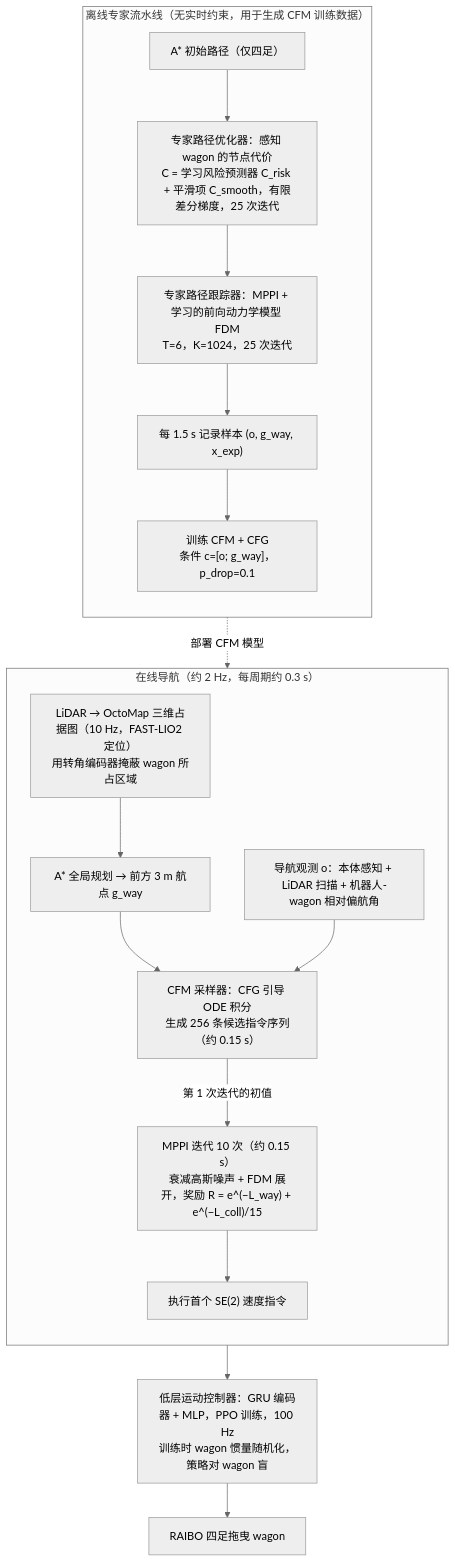
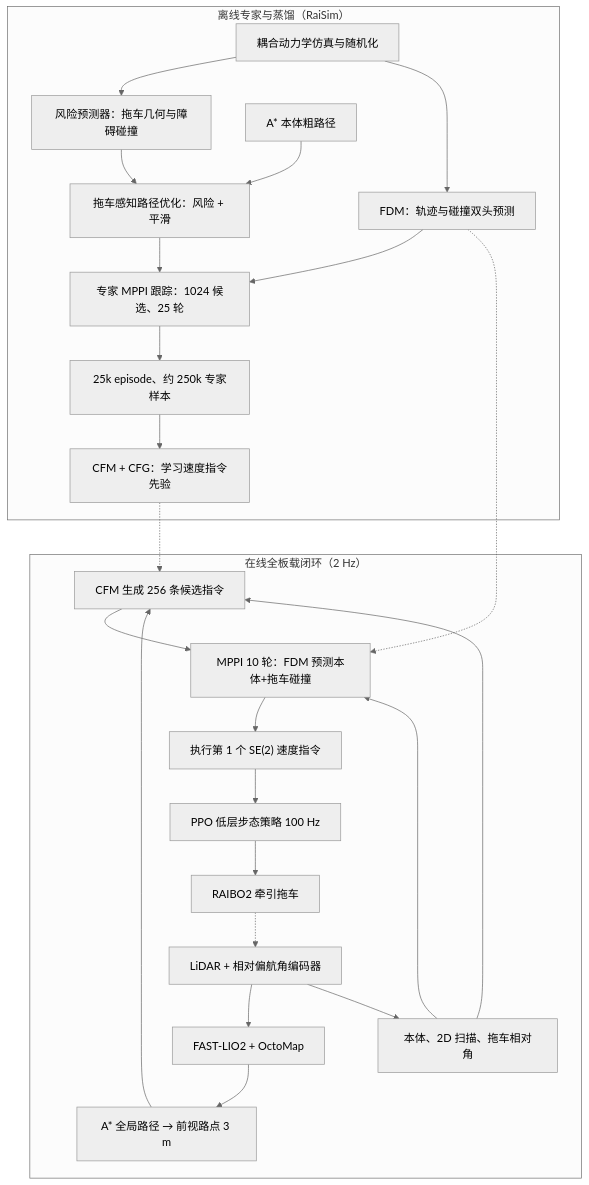
The diagram in wiki/entities/paper-raibo-wagon-legged-towing-navigation.md (ImChong/Robotics_Notebooks), drawn with Mermaid (neutral theme) before and after one commit. The commit also changed other lines of this file, not shown here.

Commit message:
[2026-11-23] ingest | wiki/entities/paper-raibo-wagon-legged-towing-navigation.md — 深化拖车轮耦合避障规划与实验核对

````diff
--- a/wiki/entities/paper-raibo-wagon-legged-towing-navigation.md
+++ b/wiki/entities/paper-raibo-wagon-legged-towing-navigation.md
@@ -42,21 +71,39 @@
 ```mermaid
 flowchart TD
-    subgraph OFF["离线专家流水线（无实时约束，用于生成 CFM 训练数据）"]
-        direction TB
-        A1["A* 初始路径（仅四足）"] --> OPT["专家路径优化器：感知 wagon 的节点代价<br/>C = 学习风险预测器 C_risk + 平滑项 C_smooth，有限差分梯度，25 次迭代"]
-        OPT --> TRK["专家路径跟踪器：MPPI + 学习的前向动力学模型 FDM<br/>T=6，K=1024，25 次迭代"]
-        TRK --> DATA["每 1.5 s 记录样本 (o, g_way, x_exp)"]
-        DATA --> CFMT["训练 CFM + CFG<br/>条件 c=[o; g_way]，p_drop=0.1"]
-    end
-    subgraph ON["在线导航（约 2 Hz，每周期约 0.3 s）"]
-        direction TB
-        LID["LiDAR → OctoMap 三维占据图（10 Hz，FAST-LIO2 定位）<br/>用转角编码器掩蔽 wagon 所占区域"] --> GP["A* 全局规划 → 前方 3 m 航点 g_way"]
-        GP --> CFM["CFM 采样器：CFG 引导 ODE 积分<br/>生成 256 条候选指令序列（约 0.15 s）"]
-        OBSV["导航观测 o：本体感知 + LiDAR 扫描 + 机器人-wagon 相对偏航角"] --> CFM
-        CFM -->|"第 1 次迭代的初值"| MPPI["MPPI 迭代 10 次（约 0.15 s）<br/>衰减高斯噪声 + FDM 展开，奖励 R = e^(−L_way) + e^(−L_coll)/15"]
-        MPPI --> CMD["执行首个 SE(2) 速度指令"]
-    end
-    CFMT -.->|"部署 CFM 模型"| CFM
-    CMD --> LOCO["低层运动控制器：GRU 编码器 + MLP，PPO 训练，100 Hz<br/>训练时 wagon 惯量随机化，策略对 wagon 盲"]
-    LOCO --> ROBOT["RAIBO 四足拖曳 wagon"]
+  subgraph OFF["离线专家与蒸馏（RaiSim）"]
+    SIM["耦合动力学仿真与随机化"]
+    RISK["风险预测器：拖车几何与障碍碰撞"]
+    FDM["FDM：轨迹与碰撞双头预测"]
+    PATH0["A* 本体粗路径"]
+    EXP["拖车感知路径优化：风险 + 平滑"]
+    TRK["专家 MPPI 跟踪：1024 候选、25 轮"]
+    DATA["25k episode、约 250k 专家样本"]
+    TRAIN["CFM + CFG：学习速度指令先验"]
+    SIM --> RISK
+    SIM --> FDM
+    PATH0 --> EXP
+    RISK --> EXP
+    EXP --> TRK
+    FDM --> TRK
+    TRK --> DATA
+    DATA --> TRAIN
+  end
+  subgraph ON["在线全板载闭环（2 Hz）"]
+    LID["LiDAR + 相对偏航角编码器"]
+    MAP["FAST-LIO2 + OctoMap"]
+    AST["A* 全局路径 → 前视路点 3 m"]
+    O["本体、2D 扫描、拖车相对角"]
+    CFM["CFM 生成 256 条候选指令"]
+    MPPI["MPPI 10 轮：FDM 预测本体+拖车碰撞"]
+    CMD["执行第 1 个 SE(2) 速度指令"]
+    PPO["PPO 低层步态策略 100 Hz"]
+    ROBOT["RAIBO2 牵引拖车"]
+    LID --> MAP --> AST --> CFM
+    LID --> O --> CFM
+    O --> MPPI
+    CFM --> MPPI --> CMD --> PPO --> ROBOT
+    ROBOT -.-> LID
+  end
+  TRAIN -.-> CFM
+  FDM -.-> MPPI
 ```
````
